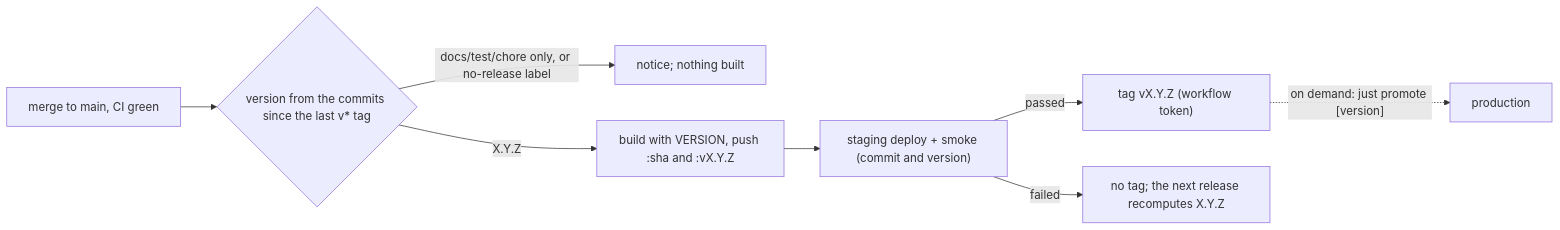
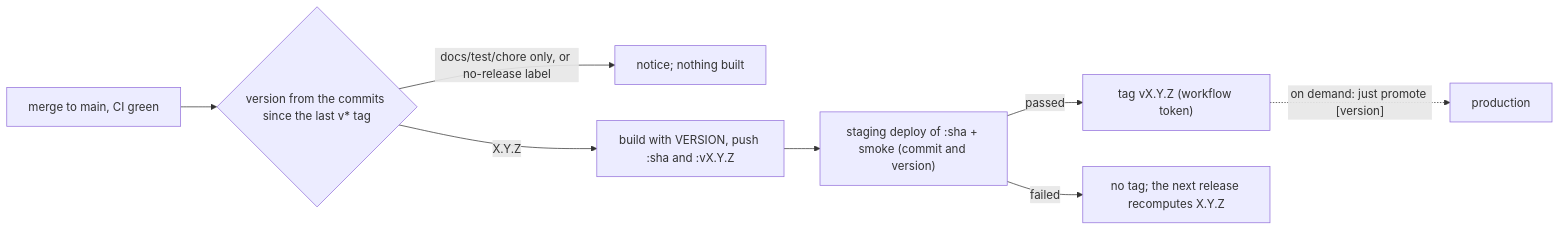
The diagram in docs/deploy.md (ceffo/critical), drawn with Mermaid before and after one commit. The commit also changed other lines of this file and 9 other files, not shown here.

First line of the commit message:
fix(release): deploy staging by its own commit image, retry the tag step, unblock a dead staging (CRI-209) (#525)

````diff
--- a/docs/deploy.md
+++ b/docs/deploy.md
@@ -582,10 +586,10 @@
 ```mermaid
 flowchart LR
     M["merge to main, CI green"] --> V{"version from the commits since the last v* tag"}
     V -->|"docs/test/chore only, or no-release label"| N["notice; nothing built"]
     V -->|"X.Y.Z"| B["build with VERSION, push :sha and :vX.Y.Z"]
-    B --> S["staging deploy + smoke (commit and version)"]
+    B --> S["staging deploy of :sha + smoke (commit and version)"]
     S -->|passed| T["tag vX.Y.Z (workflow token)"]
     S -->|failed| F["no tag; the next release recomputes X.Y.Z"]
     T -.->|"on demand: just promote [version]"| P["production"]
 ```
````
